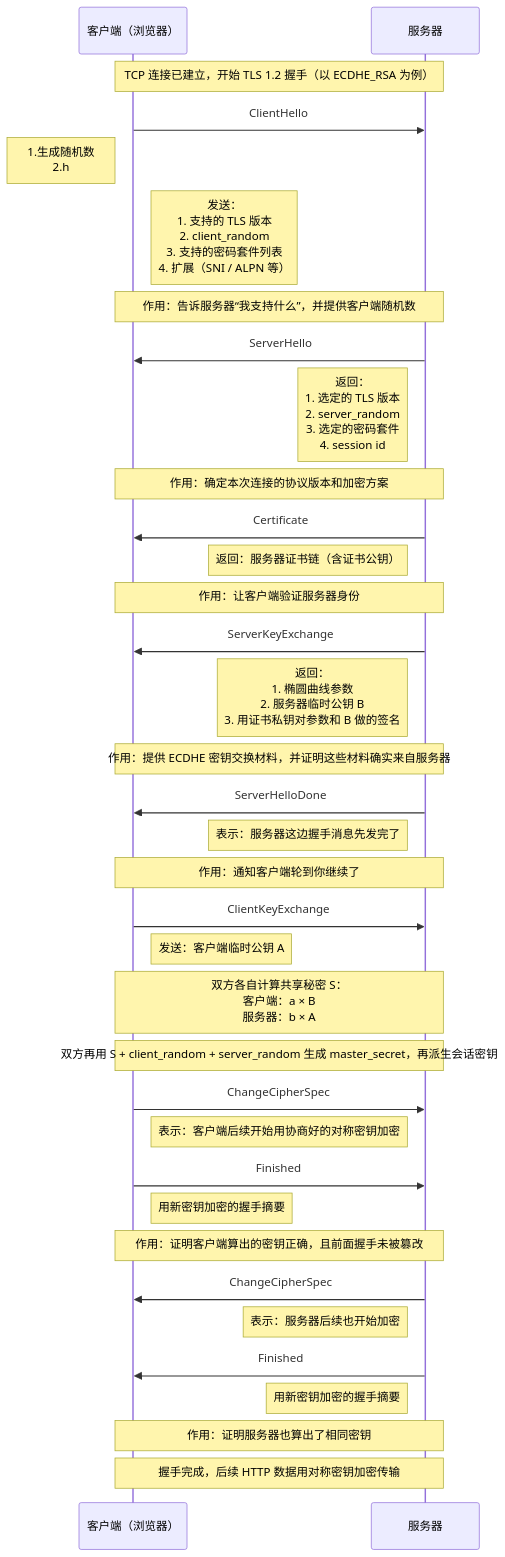
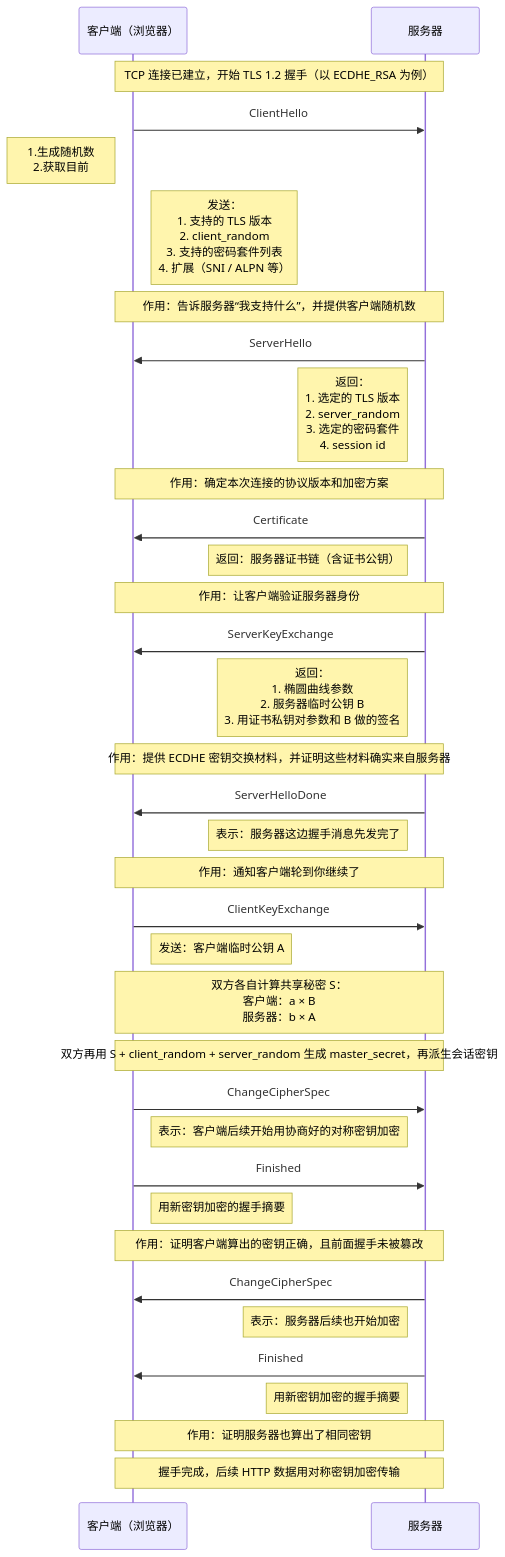
Before and after one commit to HY-10-8/iodraw-files: the diagram in all/TLS-1.2-ECDHA.md, drawn with Mermaid.

Commit message:
2026-03-30 16:46:21 update

````diff
--- a/all/TLS-1.2-ECDHA.md
+++ b/all/TLS-1.2-ECDHA.md
@@ -1,50 +1,50 @@
 ```mermaid
 sequenceDiagram
     participant C as 客户端（浏览器）
     participant S as 服务器
 
     Note over C,S: TCP 连接已建立，开始 TLS 1.2 握手（以 ECDHE_RSA 为例）
 
     C->>S: ClientHello
-    Note left of C: 1.生成随机数<br/> 2.h
+    Note left of C: 1.生成随机数<br/> 2.获取目前
     Note right of C: 发送：<br/>1. 支持的 TLS 版本<br/>2. client_random<br/>3. 支持的密码套件列表<br/>4. 扩展（SNI / ALPN 等）
     Note over C,S: 作用：告诉服务器“我支持什么”，并提供客户端随机数
 
     S->>C: ServerHello
     Note left of S: 返回：<br/>1. 选定的 TLS 版本<br/>2. server_random<br/>3. 选定的密码套件<br/>4. session id
     Note over C,S: 作用：确定本次连接的协议版本和加密方案
 
     S->>C: Certificate
     Note left of S: 返回：服务器证书链（含证书公钥）
     Note over C,S: 作用：让客户端验证服务器身份
 
     S->>C: ServerKeyExchange
     Note left of S: 返回：<br/>1. 椭圆曲线参数<br/>2. 服务器临时公钥 B<br/>3. 用证书私钥对参数和 B 做的签名
     Note over C,S: 作用：提供 ECDHE 密钥交换材料，并证明这些材料确实来自服务器
 
     S->>C: ServerHelloDone
     Note left of S: 表示：服务器这边握手消息先发完了
     Note over C,S: 作用：通知客户端轮到你继续了
 
     C->>S: ClientKeyExchange
     Note right of C: 发送：客户端临时公钥 A
     Note over C,S: 双方各自计算共享秘密 S：<br/>客户端：a × B<br/>服务器：b × A
 
     Note over C,S: 双方再用 S + client_random + server_random 生成 master_secret，再派生会话密钥
 
     C->>S: ChangeCipherSpec
     Note right of C: 表示：客户端后续开始用协商好的对称密钥加密
 
     C->>S: Finished
     Note right of C: 用新密钥加密的握手摘要
     Note over C,S: 作用：证明客户端算出的密钥正确，且前面握手未被篡改
 
     S->>C: ChangeCipherSpec
     Note left of S: 表示：服务器后续也开始加密
 
     S->>C: Finished
     Note left of S: 用新密钥加密的握手摘要
     Note over C,S: 作用：证明服务器也算出了相同密钥
 
     Note over C,S: 握手完成，后续 HTTP 数据用对称密钥加密传输
 ```
````
